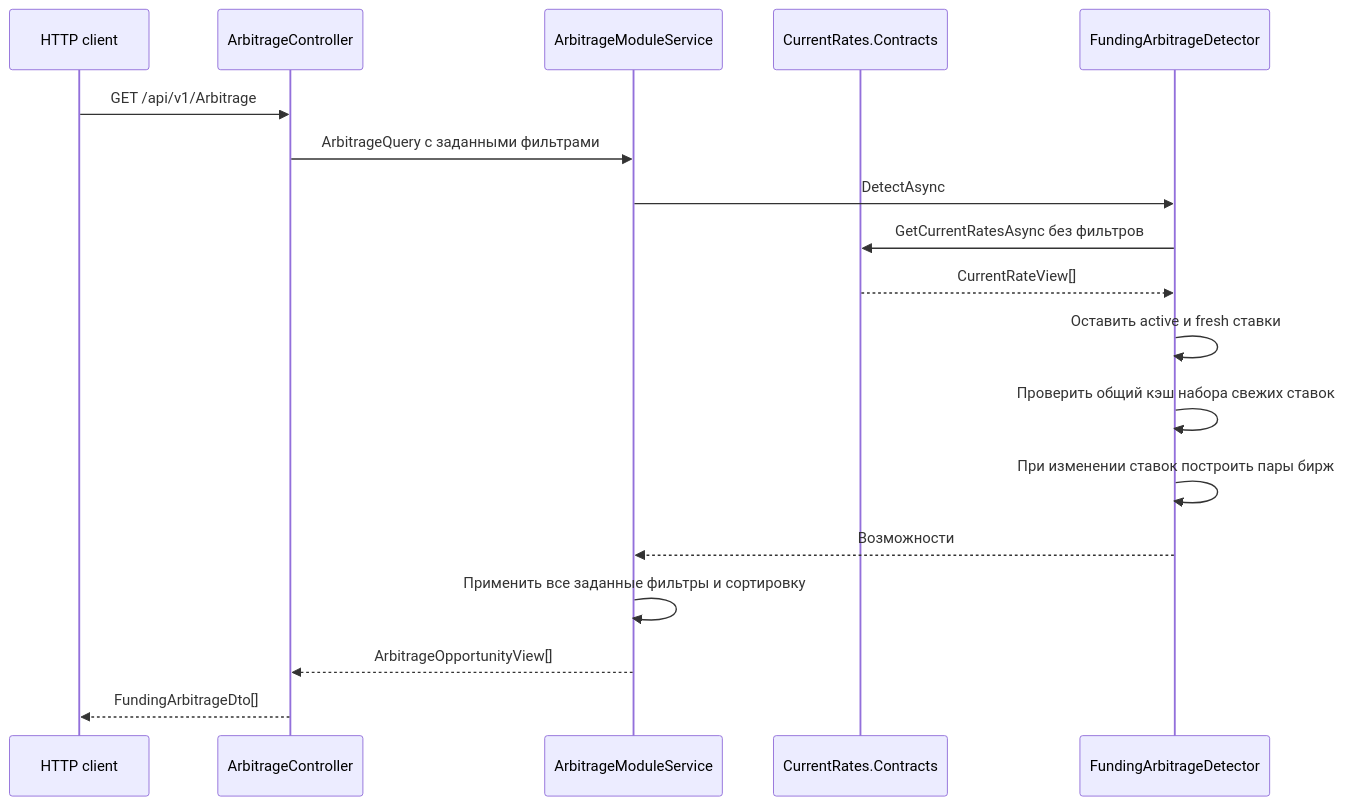
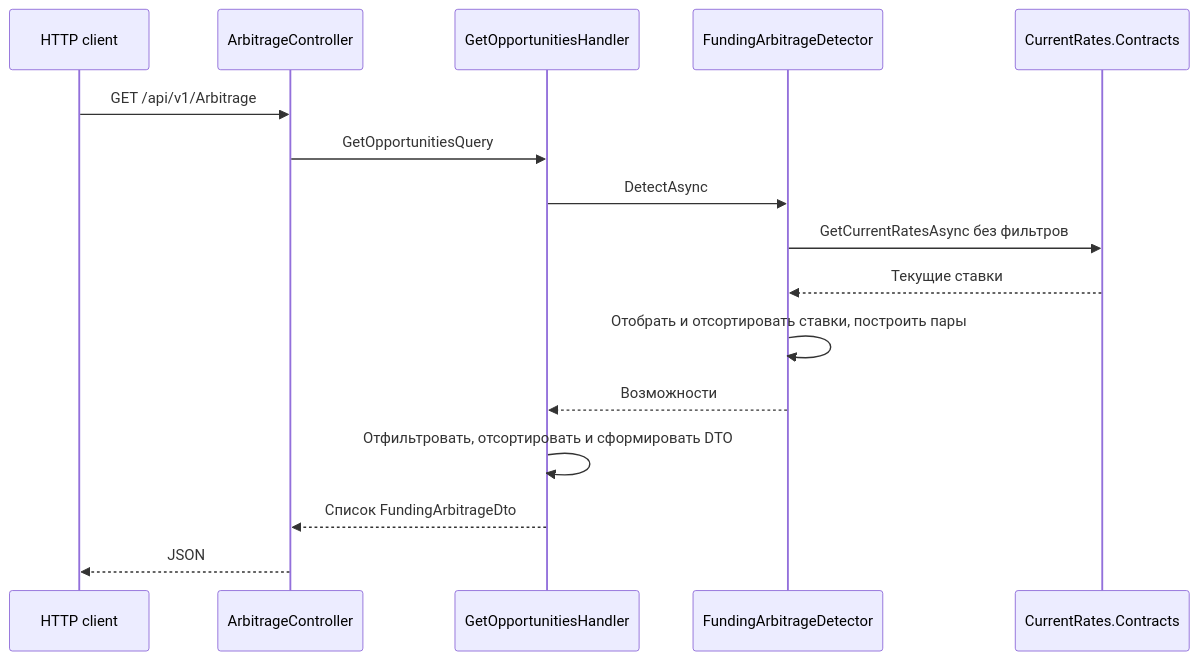
Before and after one commit to Grigory50012/FundingMonitor: the diagram in docs/architecture/modules/arbitrage.md, drawn with Mermaid. The commit also changed other lines of this file and 43 other files, not shown here.

````diff
--- a/docs/architecture/modules/arbitrage.md
+++ b/docs/architecture/modules/arbitrage.md
@@ -29,20 +9,18 @@
 ```mermaid
 sequenceDiagram
     participant UI as HTTP client
     participant C as ArbitrageController
-    participant A as ArbitrageModuleService
+    participant H as GetOpportunitiesHandler
+    participant D as FundingArbitrageDetector
     participant CR as CurrentRates.Contracts
-    participant D as FundingArbitrageDetector
     UI->>C: GET /api/v1/Arbitrage
-    C->>A: ArbitrageQuery с заданными фильтрами
-    A->>D: DetectAsync
+    C->>H: GetOpportunitiesQuery
+    H->>D: DetectAsync
     D->>CR: GetCurrentRatesAsync без фильтров
-    CR-->>D: CurrentRateView[]
-    D->>D: Оставить active и fresh ставки
-    D->>D: Проверить общий кэш набора свежих ставок
-    D->>D: При изменении ставок построить пары бирж
-    D-->>A: Возможности
-    A->>A: Применить все заданные фильтры и сортировку
-    A-->>C: ArbitrageOpportunityView[]
-    C-->>UI: FundingArbitrageDto[]
+    CR-->>D: Текущие ставки
+    D->>D: Отобрать и отсортировать ставки, построить пары
+    D-->>H: Возможности
+    H->>H: Отфильтровать, отсортировать и сформировать DTO
+    H-->>C: Список FundingArbitrageDto
+    C-->>UI: JSON
 ```
````
